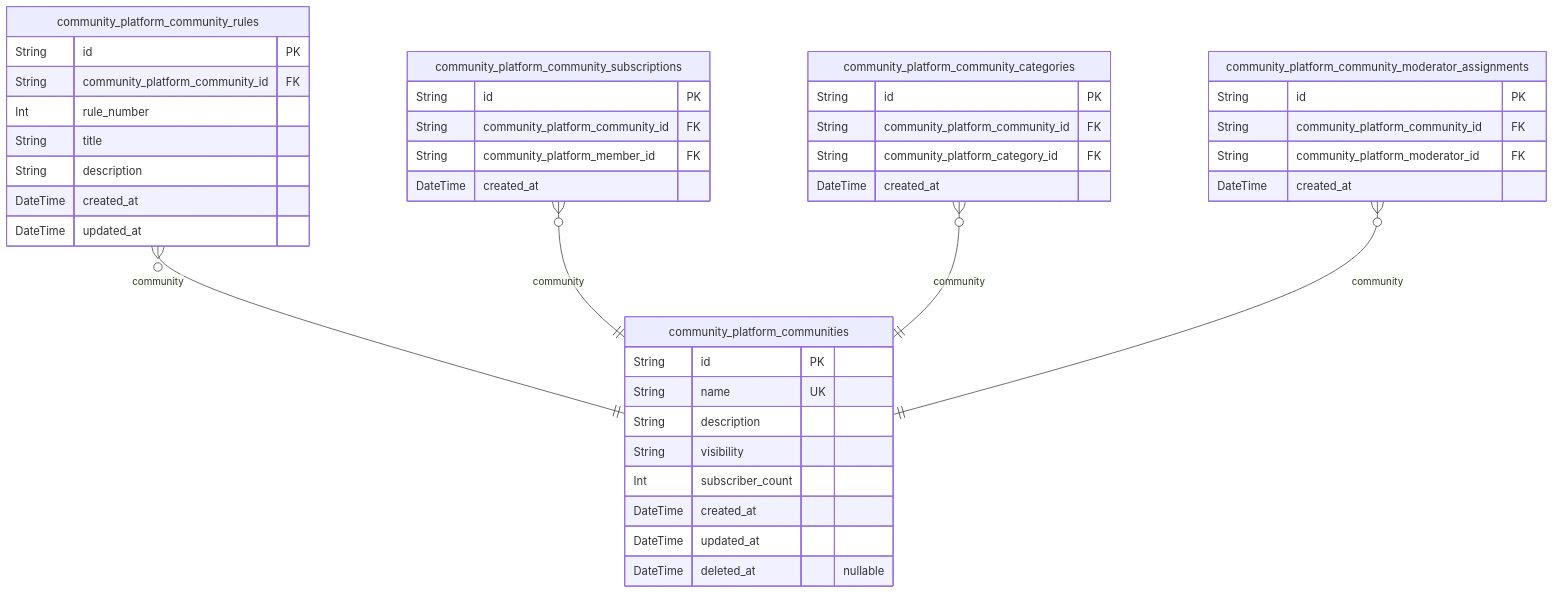
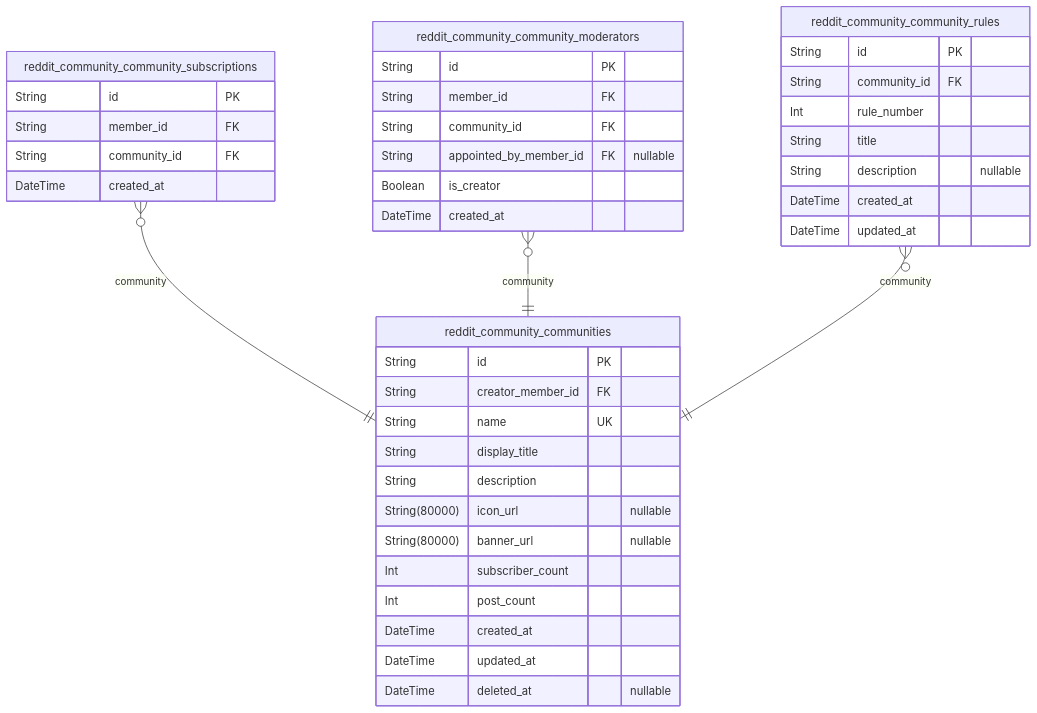
The second of 6 diagrams in anthropic/claude-sonnet-4.5/reddit/docs/ERD.md (wrtnlabs/autobe-examples), drawn with Mermaid before and after one commit. The commit also changed other lines of this file and 22498 other files, not shown here.

````diff
--- a/anthropic/claude-sonnet-4.5/reddit/docs/ERD.md
+++ b/anthropic/claude-sonnet-4.5/reddit/docs/ERD.md
@@ -454,44 +338,43 @@
 ```mermaid
 erDiagram
-"community_platform_communities" {
+"reddit_community_communities" {
   String id PK
+  String creator_member_id FK
   String name UK
+  String display_title
   String description
-  String visibility
+  String(80000) icon_url "nullable"
+  String(80000) banner_url "nullable"
   Int subscriber_count
+  Int post_count
   DateTime created_at
   DateTime updated_at
   DateTime deleted_at "nullable"
 }
-"community_platform_community_rules" {
+"reddit_community_community_subscriptions" {
   String id PK
-  String community_platform_community_id FK
+  String member_id FK
+  String community_id FK
+  DateTime created_at
+}
+"reddit_community_community_moderators" {
+  String id PK
+  String member_id FK
+  String community_id FK
+  String appointed_by_member_id FK "nullable"
+  Boolean is_creator
+  DateTime created_at
+}
+"reddit_community_community_rules" {
+  String id PK
+  String community_id FK
   Int rule_number
   String title
-  String description
+  String description "nullable"
   DateTime created_at
   DateTime updated_at
 }
-"community_platform_community_subscriptions" {
-  String id PK
-  String community_platform_community_id FK
-  String community_platform_member_id FK
-  DateTime created_at
-}
-"community_platform_community_categories" {
-  String id PK
-  String community_platform_community_id FK
-  String community_platform_category_id FK
-  DateTime created_at
-}
-"community_platform_community_moderator_assignments" {
-  String id PK
-  String community_platform_community_id FK
-  String community_platform_moderator_id FK
-  DateTime created_at
-}
-"community_platform_community_rules" }o--|| "community_platform_communities" : community
-"community_platform_community_subscriptions" }o--|| "community_platform_communities" : community
-"community_platform_community_categories" }o--|| "community_platform_communities" : community
-"community_platform_community_moderator_assignments" }o--|| "community_platform_communities" : community
+"reddit_community_community_subscriptions" }o--|| "reddit_community_communities" : community
+"reddit_community_community_moderators" }o--|| "reddit_community_communities" : community
+"reddit_community_community_rules" }o--|| "reddit_community_communities" : community
 ```
````
